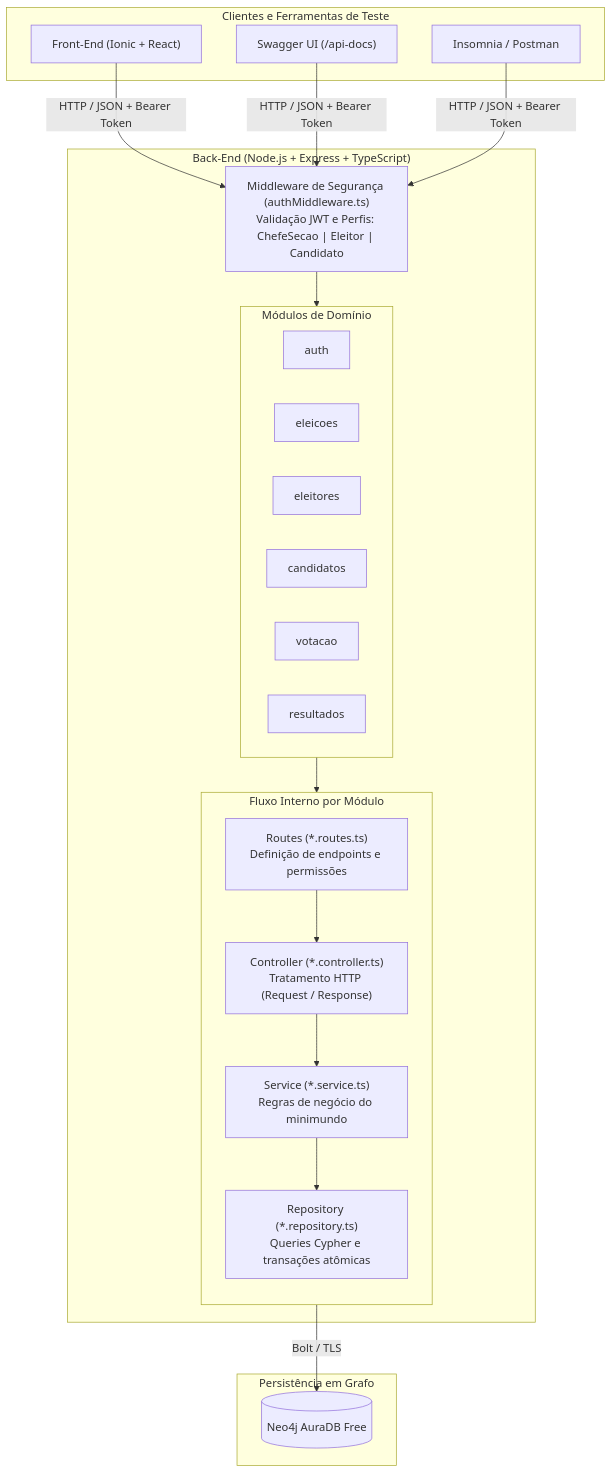
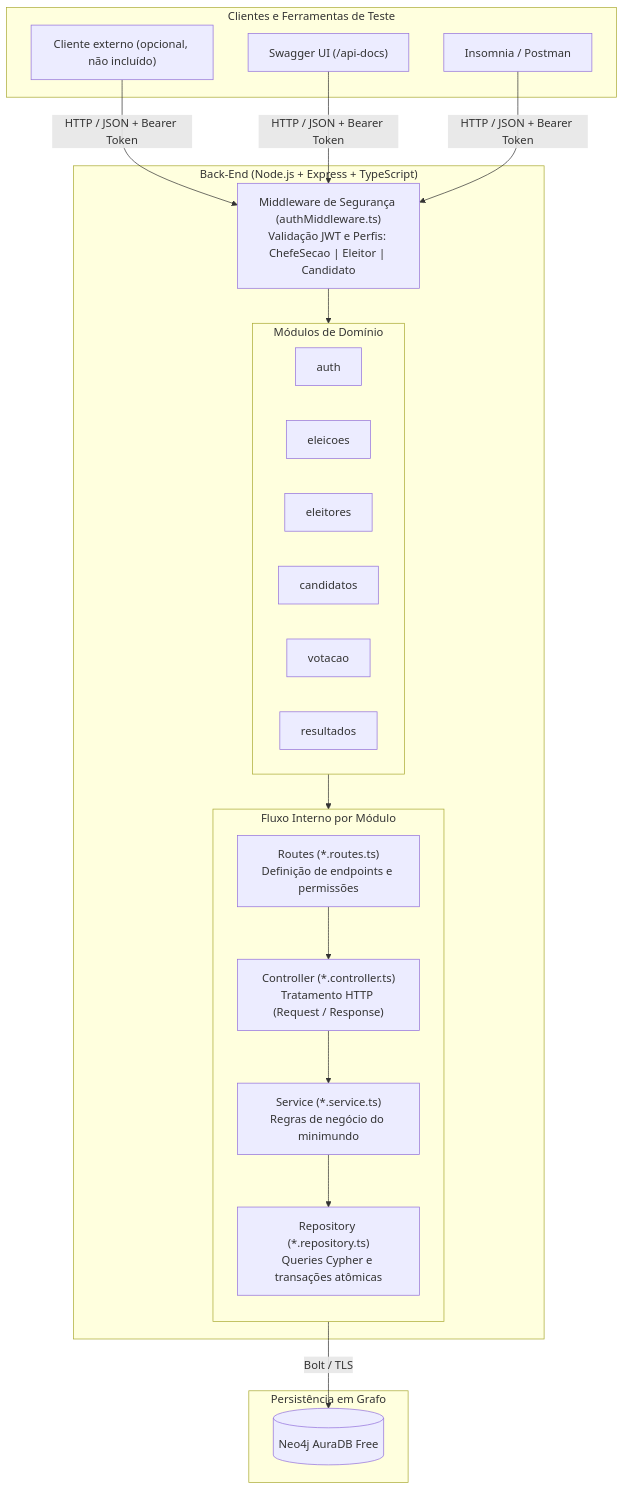
One commit to Ana5Rosa/Simulacao-de-Eleicao-Eletronica changed the first of 2 diagrams in README.md. Above: the diagram before and after it, drawn with Mermaid. The commit also changed other lines of this file and 31 other files, not shown here.

````diff
--- a/README.md
+++ b/README.md
@@ -22,39 +22,39 @@
 ```mermaid
 flowchart TD
     subgraph Clientes["Clientes e Ferramentas de Teste"]
-        FE["Front-End (Ionic + React)"]
+        FE["Cliente externo (opcional, não incluído)"]
         SW["Swagger UI (/api-docs)"]
         IN["Insomnia / Postman"]
     end
 
     subgraph API["Back-End (Node.js + Express + TypeScript)"]
         MW["Middleware de Segurança (authMiddleware.ts)<br/>Validação JWT e Perfis: ChefeSecao | Eleitor | Candidato"]
 
         subgraph Modulos["Módulos de Domínio"]
             M1["auth"]
             M2["eleicoes"]
             M3["eleitores"]
             M4["candidatos"]
             M5["votacao"]
             M6["resultados"]
         end
 
         subgraph Camadas["Fluxo Interno por Módulo"]
             direction TB
             R["Routes (*.routes.ts)<br/>Definição de endpoints e permissões"]
             C["Controller (*.controller.ts)<br/>Tratamento HTTP (Request / Response)"]
             S["Service (*.service.ts)<br/>Regras de negócio do minimundo"]
             RP["Repository (*.repository.ts)<br/>Queries Cypher e transações atômicas"]
             R --> C --> S --> RP
         end
     end
 
     subgraph DB["Persistência em Grafo"]
         NEO[("Neo4j AuraDB Free")]
     end
 
     FE & SW & IN -->|"HTTP / JSON + Bearer Token"| MW
     MW --> Modulos
     Modulos --> Camadas
     RP -->|"Bolt / TLS"| NEO
 ```
````
